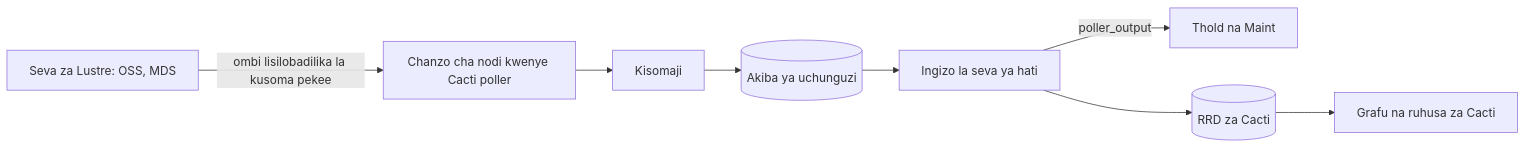
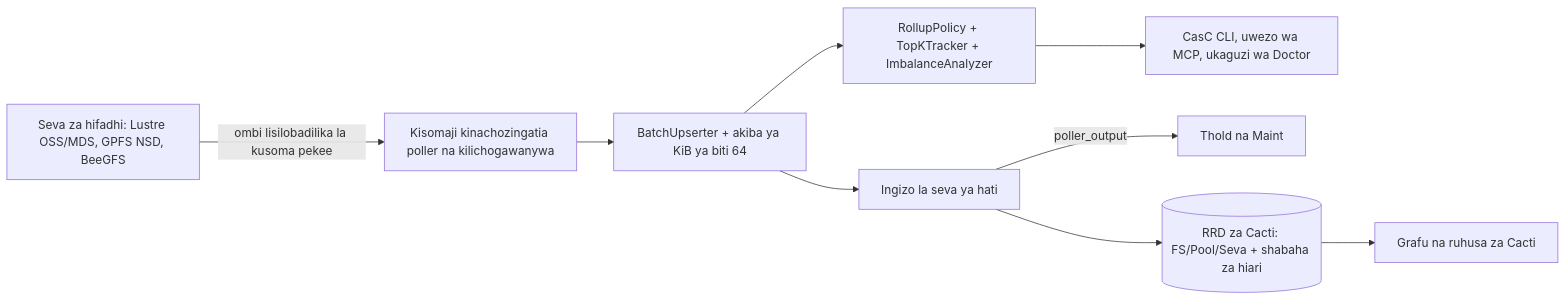
The diagram in docs/i18n/sw-KE/README.md (somethingwithproof/plugin_pfs), drawn with Mermaid before and after one commit. The commit also changed other lines of this file and 47 other files, not shown here.

````diff
--- a/docs/i18n/sw-KE/README.md
+++ b/docs/i18n/sw-KE/README.md
@@ -74,10 +82,11 @@
 ```mermaid
 flowchart LR
-    N[Seva za Lustre: OSS, MDS] -->|ombi lisilobadilika la kusoma pekee| S[Chanzo cha nodi kwenye Cacti poller]
-    S --> R[Kisomaji]
-    R --> C[(Akiba ya uchunguzi)]
-    C --> SS[Ingizo la seva ya hati]
-    SS -->|poller_output| T[Thold na Maint]
-    SS --> RRD[(RRD za Cacti)]
-    RRD --> G[Grafu na ruhusa za Cacti]
+    N["Seva za hifadhi: Lustre OSS/MDS, GPFS NSD, BeeGFS"] -->|ombi lisilobadilika la kusoma pekee| S["Kisomaji kinachozingatia poller na kilichogawanywa"]
+    S --> B["BatchUpserter + akiba ya KiB ya biti 64"]
+    B --> R["RollupPolicy + TopKTracker + ImbalanceAnalyzer"]
+    B --> SS["Ingizo la seva ya hati"]
+    R --> ECO["CasC CLI, uwezo wa MCP, ukaguzi wa Doctor"]
+    SS -->|poller_output| T["Thold na Maint"]
+    SS --> RRD[("RRD za Cacti: FS/Pool/Seva + shabaha za hiari")]
+    RRD --> G["Grafu na ruhusa za Cacti"]
 ```
````
